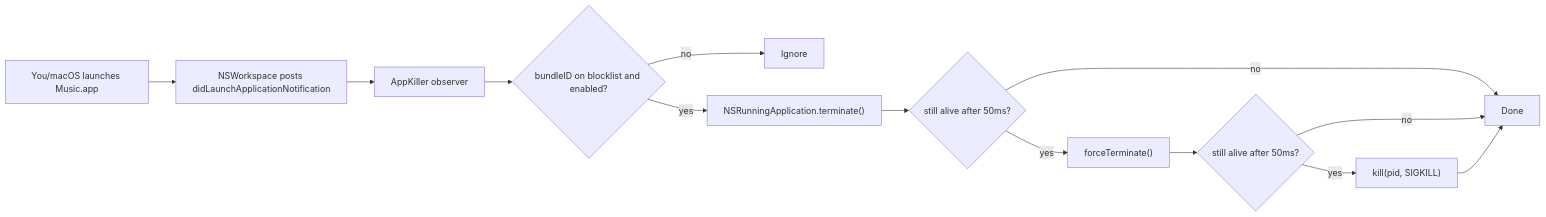
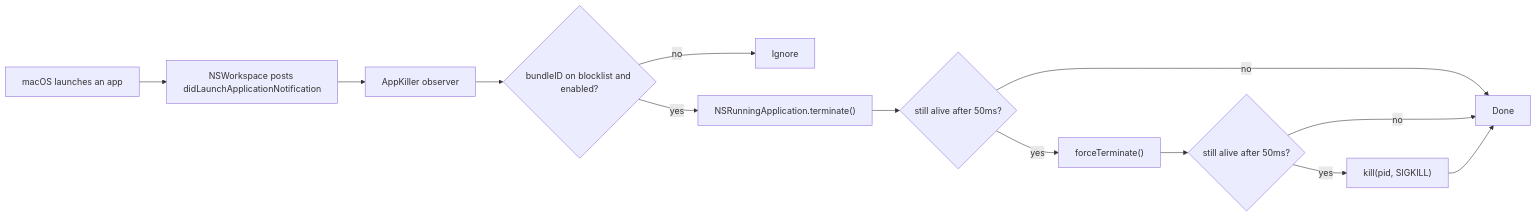
The diagram in README.md (vbark/NoStart), drawn with Mermaid before and after one commit. The commit also changed other lines of this file and 1 other file, not shown here.

````diff
--- a/README.md
+++ b/README.md
@@ -166,15 +205,15 @@
 ```mermaid
 flowchart LR
-    user[You/macOS launches Music.app] --> ws["NSWorkspace posts didLaunchApplicationNotification"]
+    user[macOS launches an app] --> ws["NSWorkspace posts didLaunchApplicationNotification"]
     ws --> obs[AppKiller observer]
     obs --> check{"bundleID on blocklist and enabled?"}
     check -- no --> done[Ignore]
     check -- yes --> terminate["NSRunningApplication.terminate()"]
     terminate --> alive1{"still alive after 50ms?"}
     alive1 -- no --> endOK[Done]
     alive1 -- yes --> force["forceTerminate()"]
     force --> alive2{"still alive after 50ms?"}
     alive2 -- no --> endOK
     alive2 -- yes --> sigkill["kill(pid, SIGKILL)"]
     sigkill --> endOK
 ```
````
